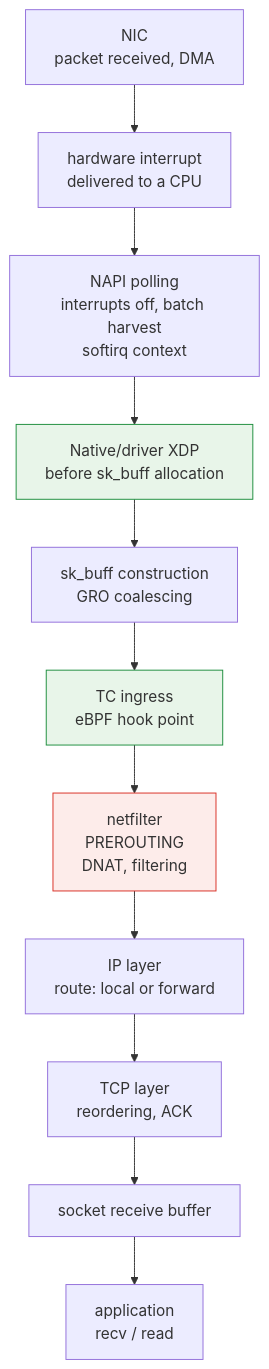
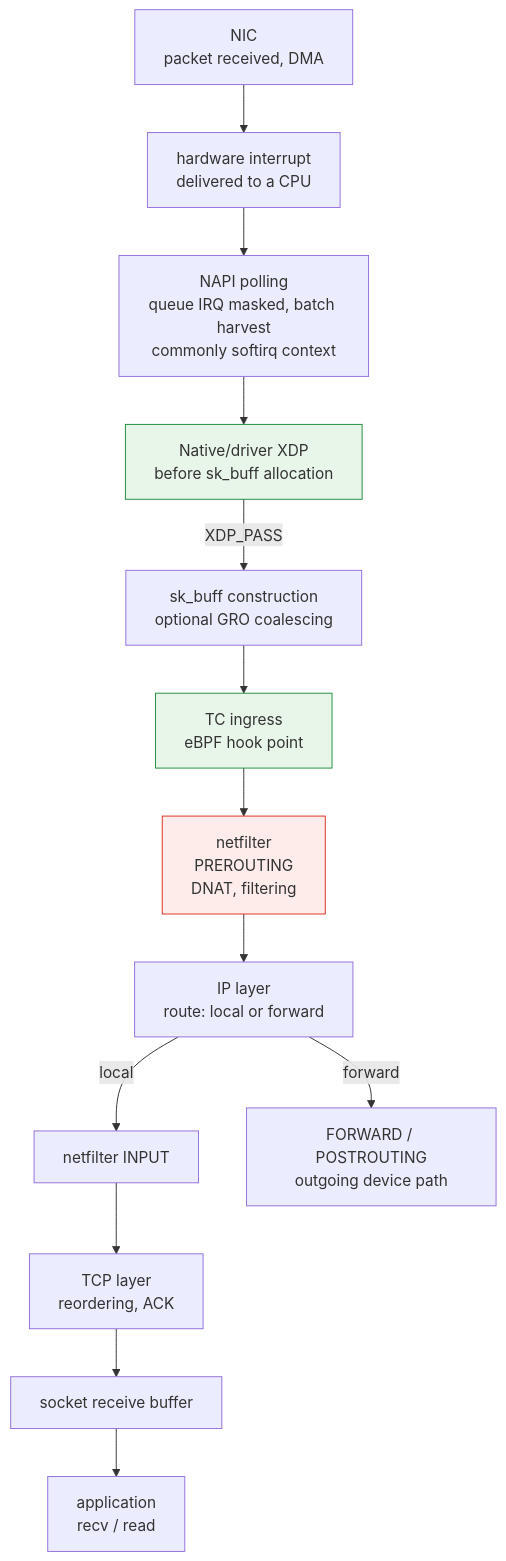
Before and after one commit to Atom-oh/kubernetes-docs: the second of 2 diagrams in en/kernel/02-network-stack.md, drawn with Mermaid. The commit also changed other lines of this file and 31 other files, not shown here.

````diff
--- a/en/kernel/02-network-stack.md
+++ b/en/kernel/02-network-stack.md
@@ -137,17 +190,19 @@
 ```mermaid
 graph TB
     NIC2["NIC<br/>packet received, DMA"] --> IRQ["hardware interrupt<br/>delivered to a CPU"]
-    IRQ --> NAPI["NAPI polling<br/>interrupts off, batch harvest<br/>softirq context"]
+    IRQ --> NAPI["NAPI polling<br/>queue IRQ masked, batch harvest<br/>commonly softirq context"]
     NAPI --> XDPH["Native/driver XDP<br/>before sk_buff allocation"]
-    XDPH --> SKB["sk_buff construction<br/>GRO coalescing"]
+    XDPH -->|XDP_PASS| SKB["sk_buff construction<br/>optional GRO coalescing"]
     SKB --> TCI["TC ingress<br/>eBPF hook point"]
     TCI --> NFP["netfilter<br/>PREROUTING<br/>DNAT, filtering"]
     NFP --> L3R["IP layer<br/>route: local or forward"]
-    L3R --> L4R["TCP layer<br/>reordering, ACK"]
+    L3R -->|local| NFI["netfilter INPUT"]
+    NFI --> L4R["TCP layer<br/>reordering, ACK"]
+    L3R -->|forward| FWD["FORWARD / POSTROUTING<br/>outgoing device path"]
     L4R --> SKR["socket receive buffer"]
     SKR --> APP2["application<br/>recv / read"]
 
     style XDPH fill:#e8f5e9,stroke:#1e8e3e
     style TCI fill:#e8f5e9,stroke:#1e8e3e
     style NFP fill:#fdecea,stroke:#d93025
 ```
````
